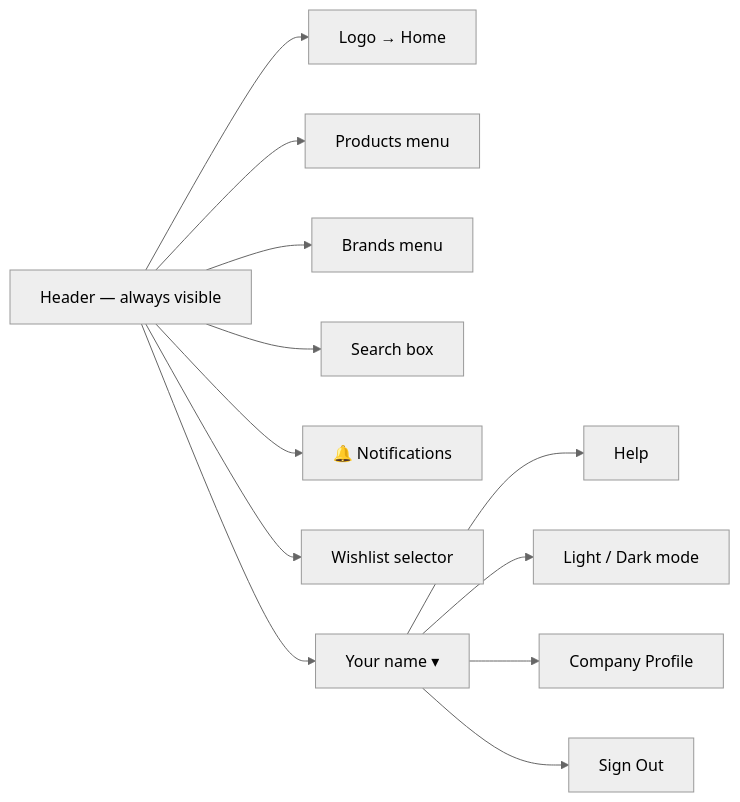
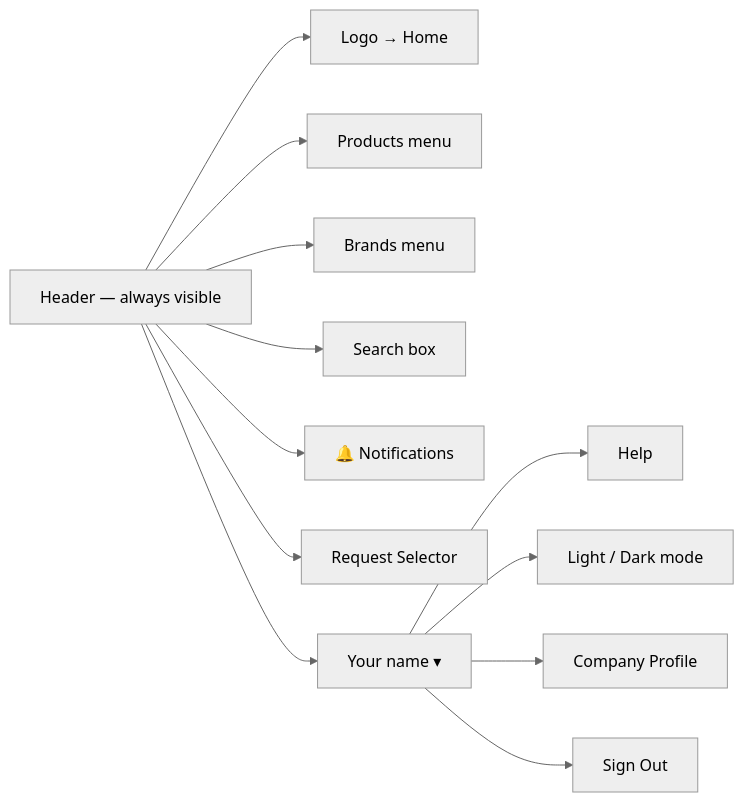
Before and after one commit to LaplaceSoftware/lp_projects_docs: the first of 2 diagrams in docs/b2b_ecommerce_docs/_user_guide/003-Client-Portal-Navigation.md, drawn with Mermaid (neutral theme). The commit also changed other lines of this file and 48 other files, not shown here.

````diff
--- a/docs/b2b_ecommerce_docs/_user_guide/003-Client-Portal-Navigation.md
+++ b/docs/b2b_ecommerce_docs/_user_guide/003-Client-Portal-Navigation.md
@@ -8,15 +8,15 @@
 ```mermaid
 flowchart LR
     H["Header — always visible"] --> L["Logo → Home"]
     H --> P["Products menu"]
     H --> B["Brands menu"]
     H --> S["Search box"]
     H --> N["🔔 Notifications"]
-    H --> W["Wishlist selector"]
+    H --> W["Request Selector"]
     H --> U["Your name ▾"]
 
     U --> U1["Help"]
     U --> U2["Light / Dark mode"]
     U --> U3["Company Profile"]
     U --> U4["Sign Out"]
 ```
````
